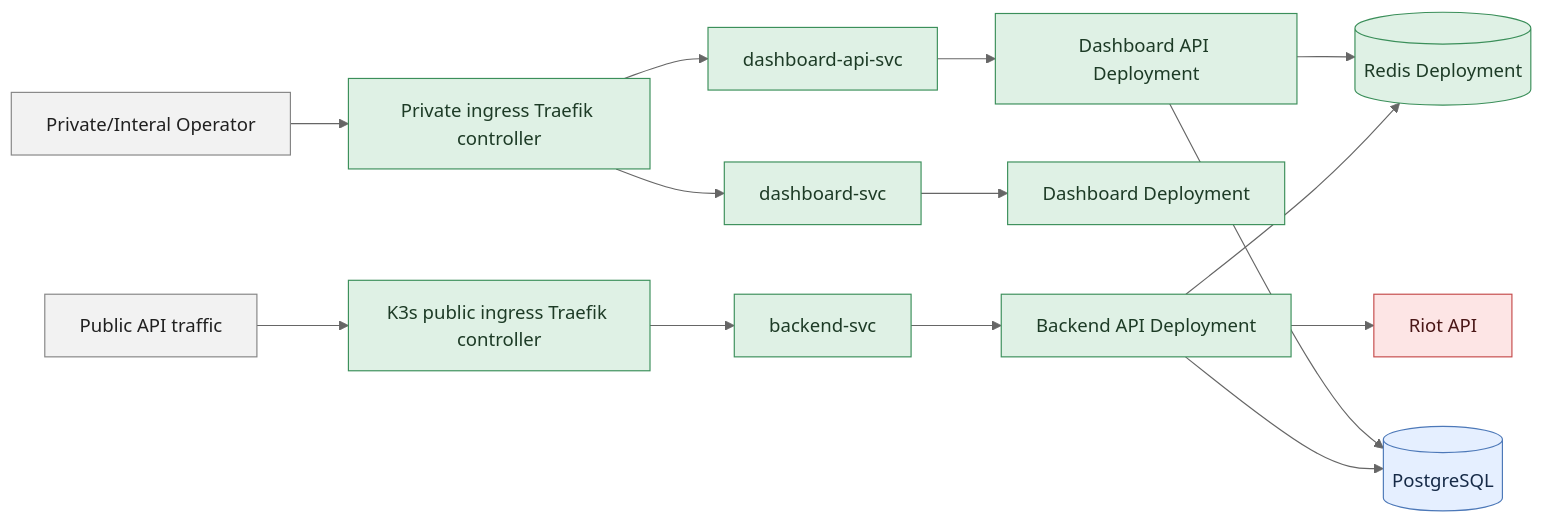
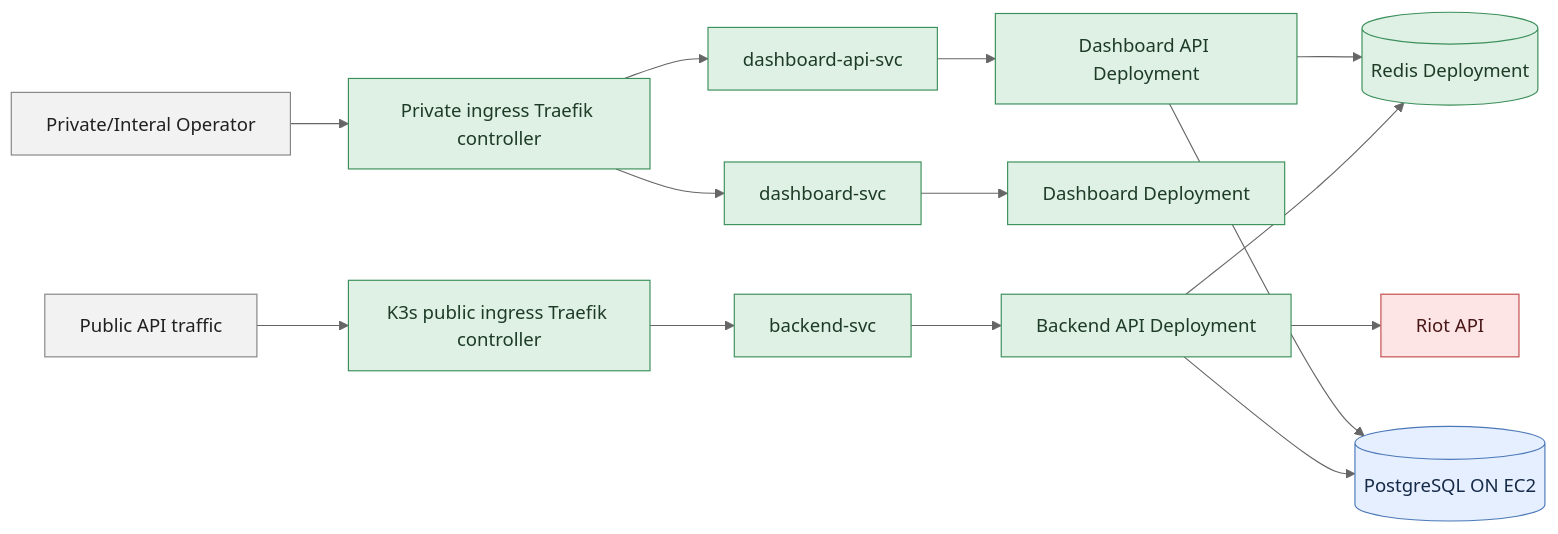
One commit to winrates-gg/wrgg-public-documentation changed the first of 3 diagrams in docs/kubernetes-runtime.md. Above: the diagram before and after it, drawn with Mermaid (neutral theme). The commit also changed other lines of this file and 5 other files, not shown here.

````diff
--- a/docs/kubernetes-runtime.md
+++ b/docs/kubernetes-runtime.md
@@ -84,39 +82,40 @@
 ```mermaid
 flowchart LR
     Public[Public API traffic]
     PublicIngress[K3s public ingress Traefik controller]
     BackendService[backend-svc]
     API[Backend API Deployment]
 
     Operator[Private/Interal Operator]
     PrivateIngress[Private ingress Traefik controller]
     DashboardService[dashboard-svc]
     DashboardAPIService[dashboard-api-svc]
     Dashboard[Dashboard Deployment]
     DashboardAPI[Dashboard API Deployment]
 
     Redis[(Redis Deployment)]
-    PostgreSQL[(PostgreSQL)]
+    PostgreSQL[(PostgreSQL ON EC2)]
     Riot[Riot API]
 
     Public --> PublicIngress --> BackendService --> API
     Operator --> PrivateIngress
     PrivateIngress --> DashboardService --> Dashboard
     PrivateIngress --> DashboardAPIService --> DashboardAPI
 
     API --> Redis
     API --> PostgreSQL
     API --> Riot
     DashboardAPI --> Redis
     DashboardAPI --> PostgreSQL
 
     classDef neutral fill:#f2f2f2,stroke:#858585,color:#202020
     classDef app fill:#dff1e5,stroke:#3b8f5a,color:#1d3b26
     classDef aws fill:#e5efff,stroke:#4c78b8,color:#162a47
     classDef external fill:#fde5e5,stroke:#c54b4b,color:#4a1717
 
     class Public,Operator neutral
-    class PublicIngress,BackendService,API,PrivateIngress,DashboardService,DashboardAPIService,Dashboard,DashboardAPI,Redis app
+    class PublicIngress,BackendService,API,PrivateIngress,DashboardService,DashboardAPIService,Dashboard,DashboardAPI app
+    class Redis app
     class PostgreSQL aws
     class Riot external
 ```
````
